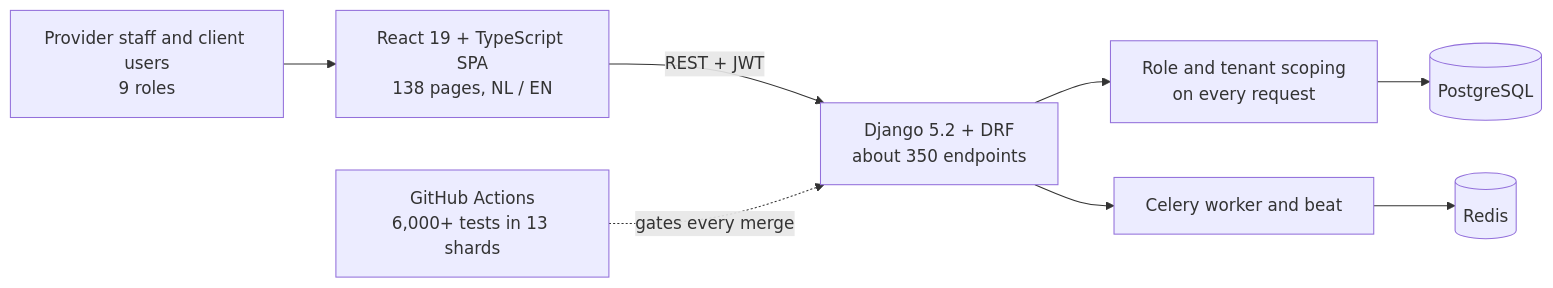
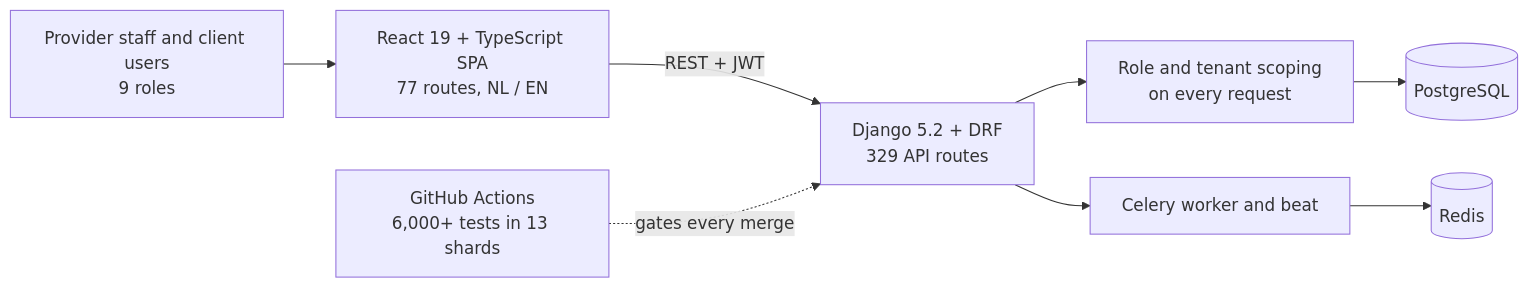
The diagram in README.md (goktugg21/goktugg21), drawn with Mermaid before and after one commit. The commit also changed other lines of this file, not shown here.

Commit message:
CleanOps: use verified counts

````diff
--- a/README.md
+++ b/README.md
@@ -44,10 +44,10 @@
 ```mermaid
 flowchart LR
-    U["Provider staff and client users<br/>9 roles"] --> SPA["React 19 + TypeScript SPA<br/>138 pages, NL / EN"]
-    SPA -- "REST + JWT" --> API["Django 5.2 + DRF<br/>about 350 endpoints"]
+    U["Provider staff and client users<br/>9 roles"] --> SPA["React 19 + TypeScript SPA<br/>77 routes, NL / EN"]
+    SPA -- "REST + JWT" --> API["Django 5.2 + DRF<br/>329 API routes"]
     API --> RBAC["Role and tenant scoping<br/>on every request"]
     RBAC --> DB[("PostgreSQL")]
     API --> W["Celery worker and beat"]
     W --> R[("Redis")]
     CI["GitHub Actions<br/>6,000+ tests in 13 shards"] -. "gates every merge" .-> API
 ```
````
